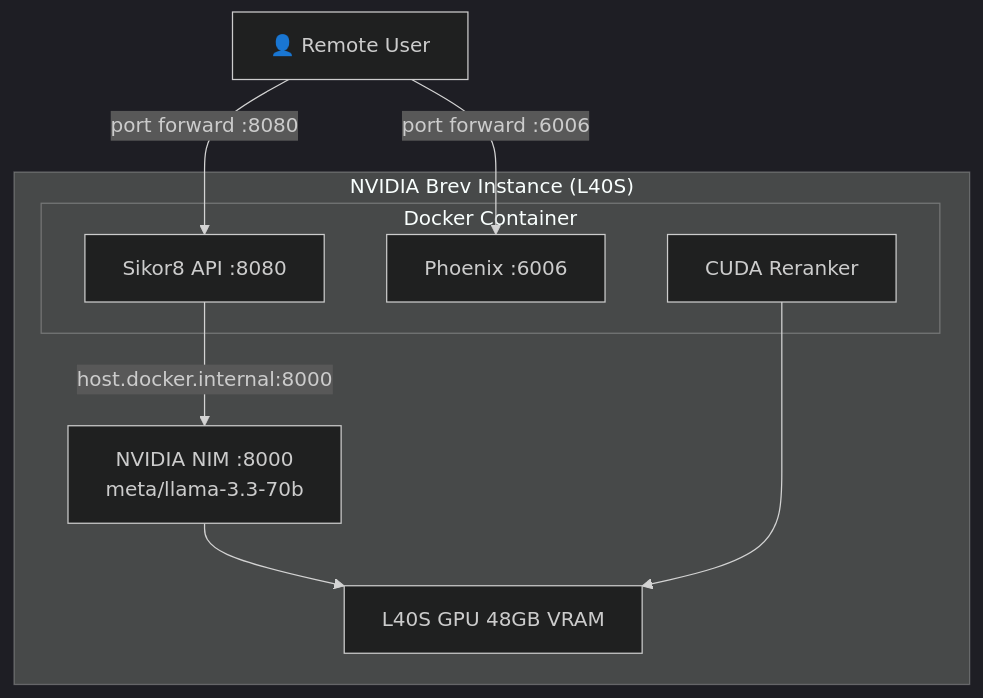
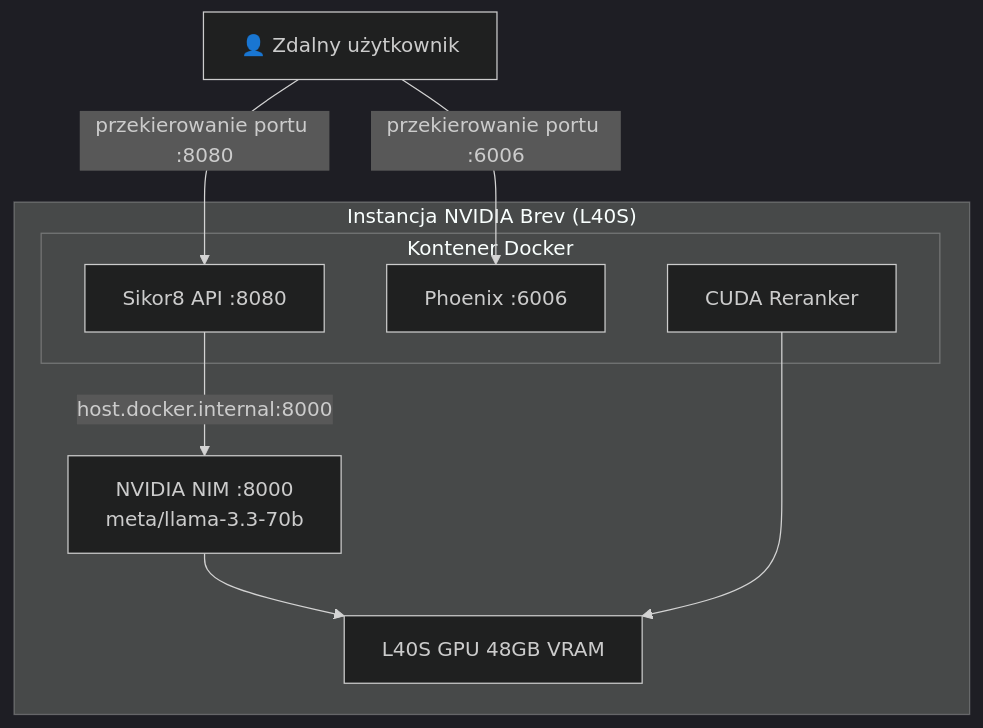
One commit to a906630/AtosNvidiaHackathon2k26 changed the fifth of 6 diagrams in README.md. Above: the diagram before and after it, drawn with Mermaid (dark theme). The commit also changed other lines of this file, not shown here.

````diff
--- a/README.md
+++ b/README.md
@@ -184,19 +184,19 @@
 ```mermaid
 graph TB
-    subgraph "NVIDIA Brev Instance (L40S)"
+    subgraph "Instancja NVIDIA Brev (L40S)"
         NIM_HOST[NVIDIA NIM :8000<br/>meta/llama-3.3-70b]
-        subgraph "Docker Container"
+        subgraph "Kontener Docker"
             APP[Sikor8 API :8080]
             PHX[Phoenix :6006]
             CUDA_RE[CUDA Reranker]
         end
         GPU[L40S GPU 48GB VRAM]
     end
 
     APP -->|host.docker.internal:8000| NIM_HOST
     NIM_HOST --> GPU
     CUDA_RE --> GPU
     
-    USER[👤 Remote User] -->|port forward :8080| APP
-    USER -->|port forward :6006| PHX
+    USER[👤 Zdalny użytkownik] -->|przekierowanie portu :8080| APP
+    USER -->|przekierowanie portu :6006| PHX
 ```
````
